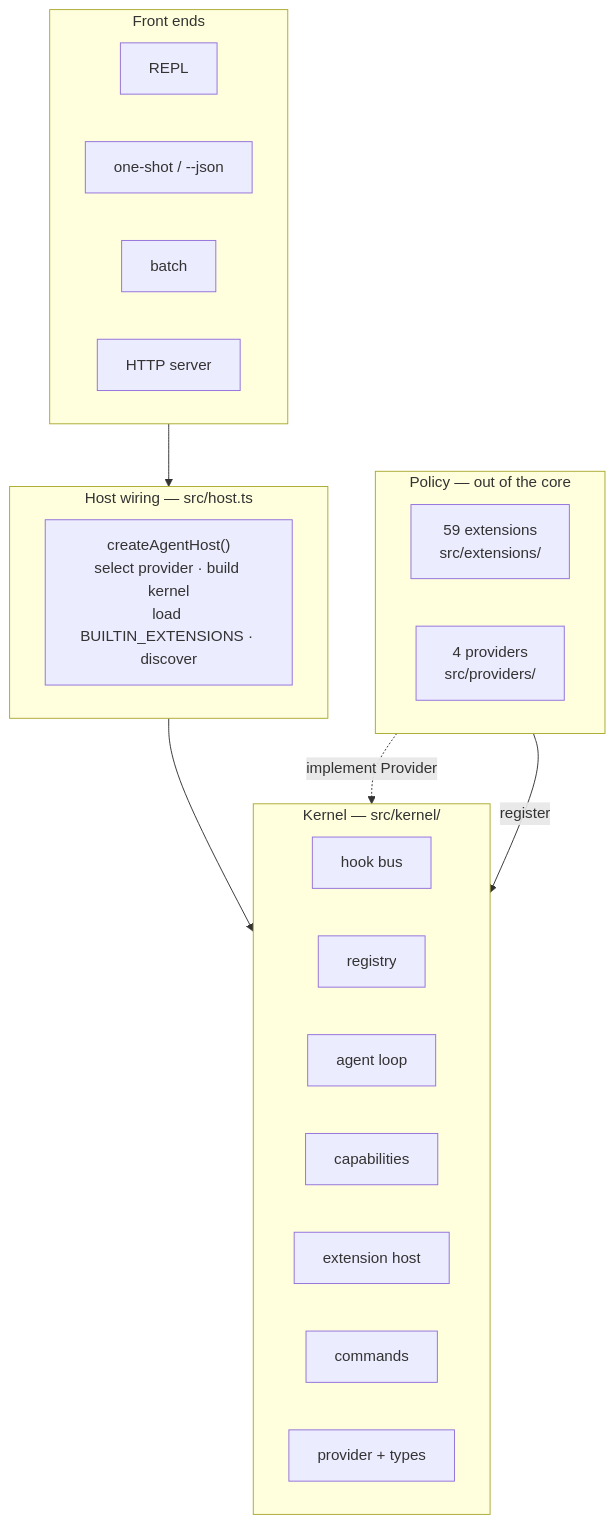
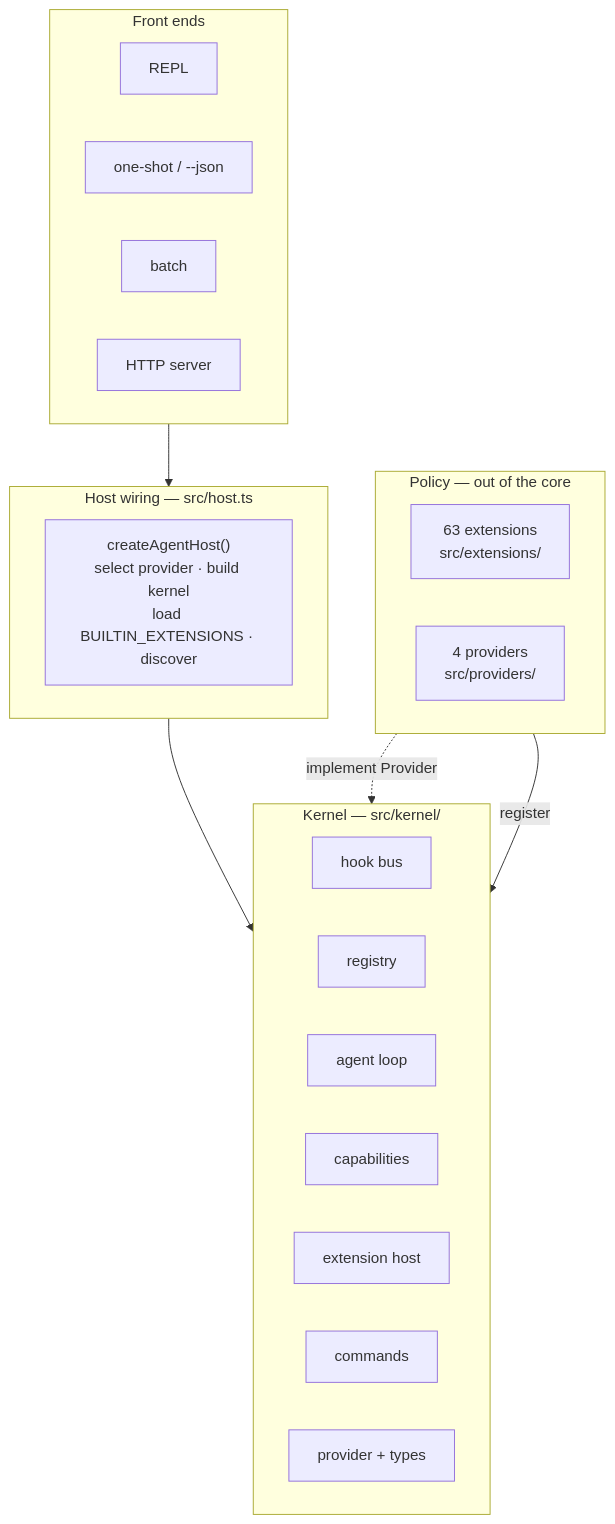
Before and after one commit to caohaotiantian/EAgent: the first of 10 diagrams in ARCHITECTURE.md, drawn with Mermaid. The commit also changed other lines of this file and 3 other files, not shown here.

````diff
--- a/ARCHITECTURE.md
+++ b/ARCHITECTURE.md
@@ -27,32 +27,32 @@
 ```mermaid
 flowchart TB
     subgraph L4["Front ends"]
         direction LR
         REPL["REPL"]
         ONE["one-shot / --json"]
         BATCH["batch"]
         HTTP["HTTP server"]
     end
     subgraph L3["Host wiring — src/host.ts"]
         HOST["createAgentHost()<br/>select provider · build kernel<br/>load BUILTIN_EXTENSIONS · discover"]
     end
     subgraph L2["Kernel — src/kernel/"]
         direction LR
         HOOKS["hook bus"]
         REG["registry"]
         LOOP["agent loop"]
         CAPS["capabilities"]
         EXT["extension host"]
         CMD["commands"]
         TYPES["provider + types"]
     end
     subgraph L1["Policy — out of the core"]
         direction LR
-        EXTS["59 extensions<br/>src/extensions/"]
+        EXTS["63 extensions<br/>src/extensions/"]
         PROVS["4 providers<br/>src/providers/"]
     end
 
     L4 --> L3 --> L2
     EXTS -->|register| L2
     PROVS -.->|implement Provider| TYPES
 ```
````
